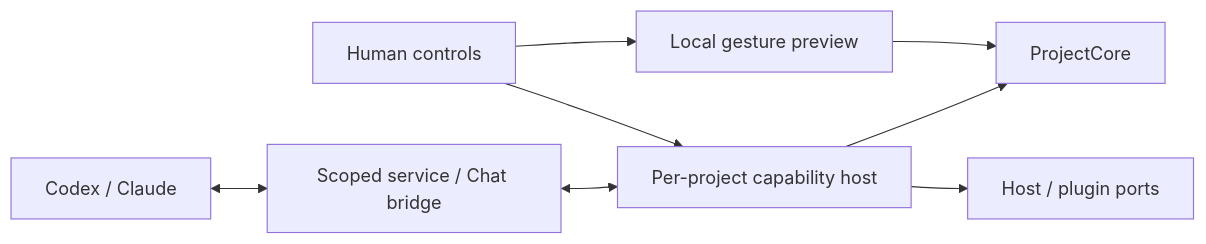
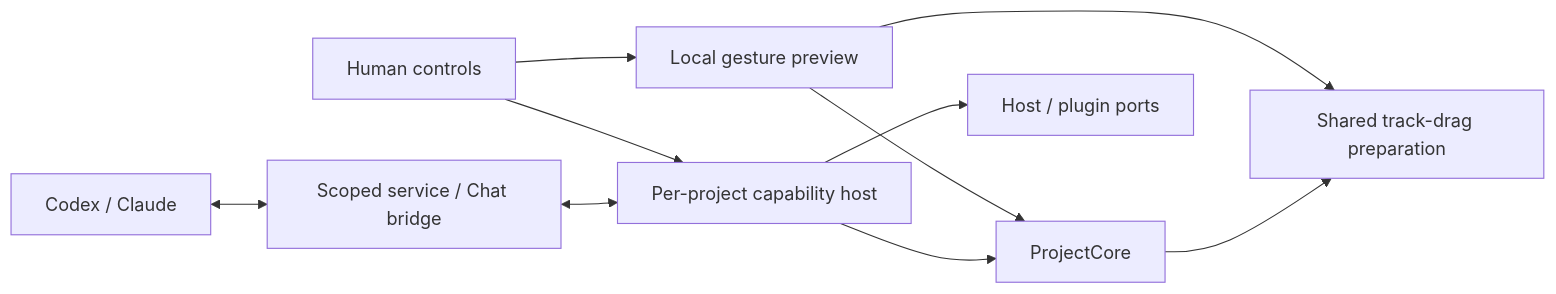
The second of 2 diagrams in docs/ARCHITECTURE.md (Open-Power-Electronics/OpenPE), drawn with Mermaid before and after one commit. The commit also changed other lines of this file and 67 other files, not shown here.

````diff
--- a/docs/ARCHITECTURE.md
+++ b/docs/ARCHITECTURE.md
@@ -123,10 +123,12 @@
 ```mermaid
 flowchart LR
     UI[Human controls] --> Host[Per-project capability host]
     Agent[Codex / Claude] <--> Bridge[Scoped service / Chat bridge]
     Bridge <--> Host
     UI --> Preview[Local gesture preview]
     Preview --> Core[ProjectCore]
     Host --> Core
+    Preview --> Drag[Shared track-drag preparation]
+    Core --> Drag
     Host --> Ports[Host / plugin ports]
 ```
````
